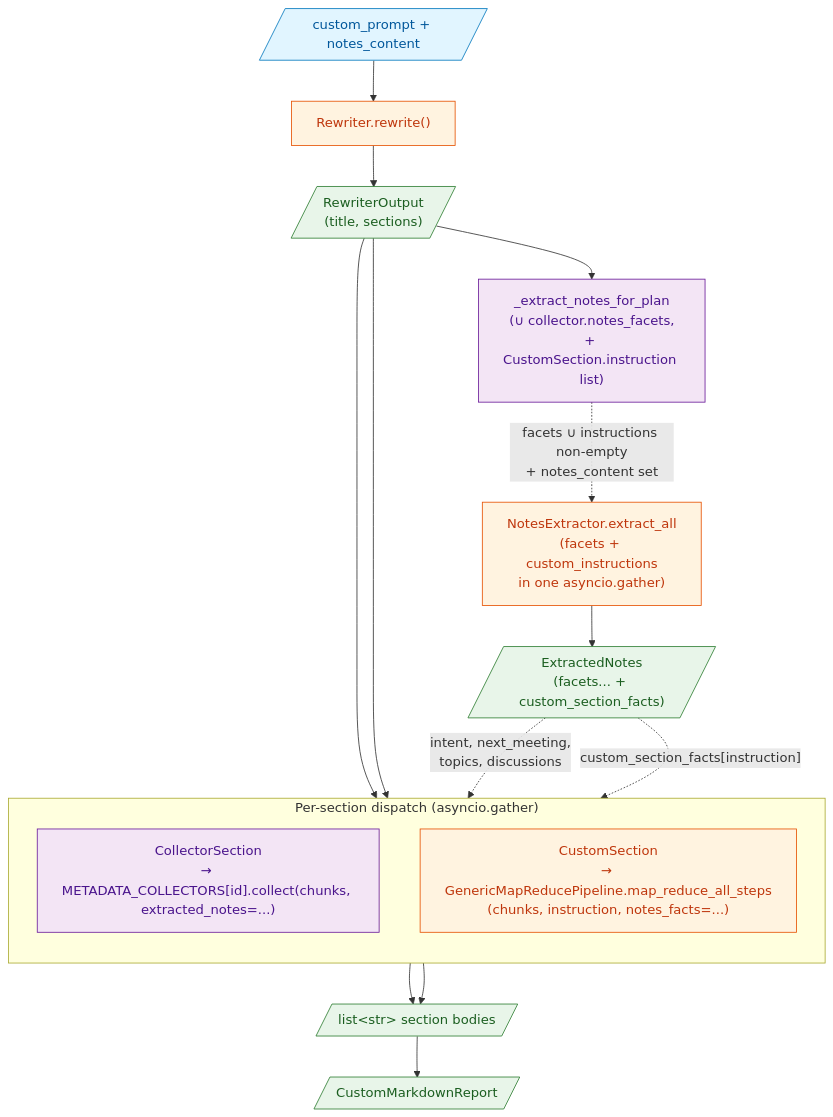
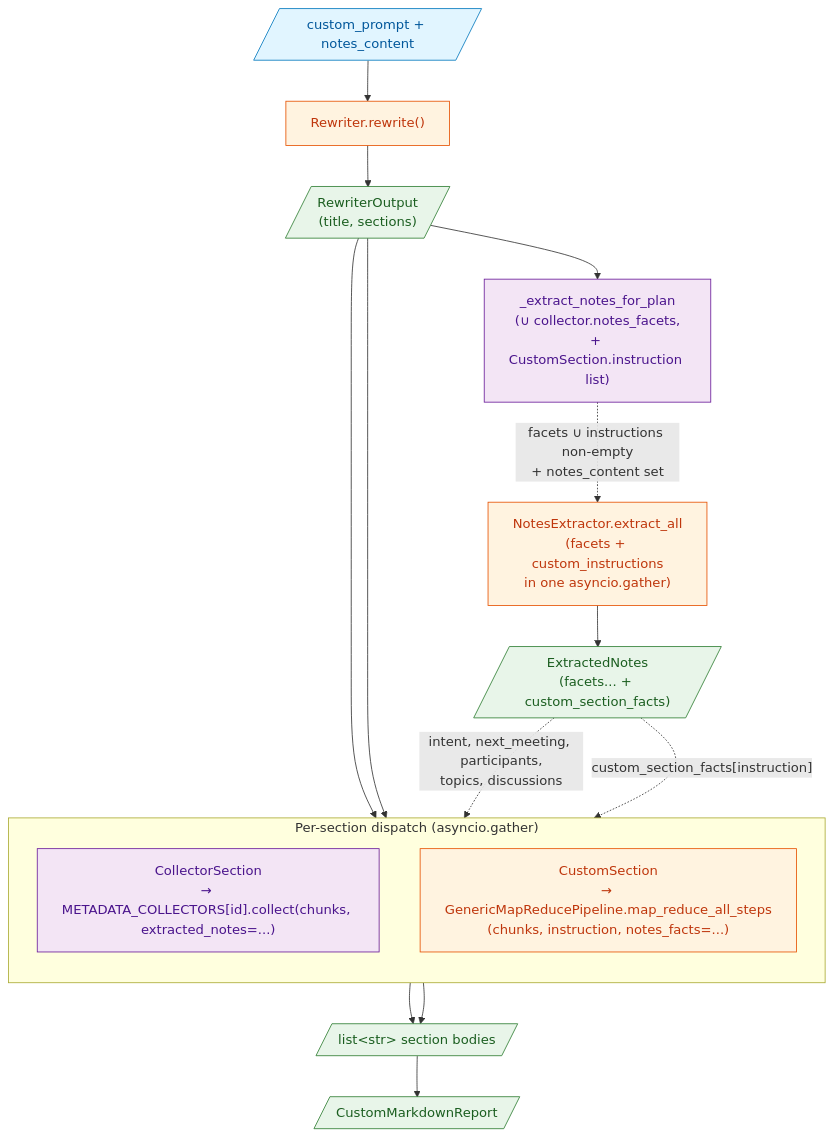
Before and after one commit to IA-Generative/mcr: the second of 2 diagrams in mcr-generation/mcr_generation/docs/generation_pipeline.md, drawn with Mermaid. The commit also changed other lines of this file, not shown here.

Commit message:
:memo: documente la facette participants dans generation_pipeline.md

````diff
--- a/mcr-generation/mcr_generation/docs/generation_pipeline.md
+++ b/mcr-generation/mcr_generation/docs/generation_pipeline.md
@@ -132,32 +133,32 @@
 ```mermaid
 flowchart TB
     classDef io fill:#e1f5ff,stroke:#0277bd,color:#01579b
     classDef proc fill:#f3e5f5,stroke:#6a1b9a,color:#4a148c
     classDef llm fill:#fff3e0,stroke:#e65100,color:#bf360c
     classDef out fill:#e8f5e9,stroke:#2e7d32,color:#1b5e20
 
     P[/"custom_prompt + notes_content"/]:::io
     RW["Rewriter.rewrite()"]:::llm
     PLAN[/"RewriterOutput<br/>(title, sections)"/]:::out
     FACETS["_extract_notes_for_plan<br/>(∪ collector.notes_facets,<br/>+ CustomSection.instruction list)"]:::proc
     NX["NotesExtractor.extract_all<br/>(facets + custom_instructions<br/>in one asyncio.gather)"]:::llm
     EN[/"ExtractedNotes<br/>(facets... + custom_section_facts)"/]:::out
 
     P --> RW --> PLAN --> FACETS
     FACETS -.->|"facets ∪ instructions non-empty<br/>+ notes_content set"| NX --> EN
 
     subgraph DISPATCH["Per-section dispatch (asyncio.gather)"]
       direction TB
       CS["CollectorSection<br/>→ METADATA_COLLECTORS[id].collect(chunks, extracted_notes=...)"]:::proc
       US["CustomSection<br/>→ GenericMapReducePipeline.map_reduce_all_steps<br/>(chunks, instruction, notes_facts=...)"]:::llm
     end
     PLAN --> CS & US
-    EN -.->|"intent, next_meeting,<br/>topics, discussions"| CS
+    EN -.->|"intent, next_meeting, participants,<br/>topics, discussions"| CS
     EN -.->|"custom_section_facts[instruction]"| US
 
     BODIES[/"list&lt;str&gt; section bodies"/]:::out
     CS --> BODIES
     US --> BODIES
     MD[/"CustomMarkdownReport"/]:::out
     BODIES --> MD
 ```
````
